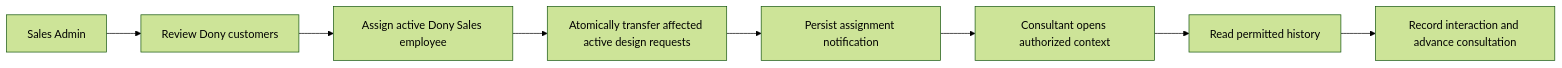
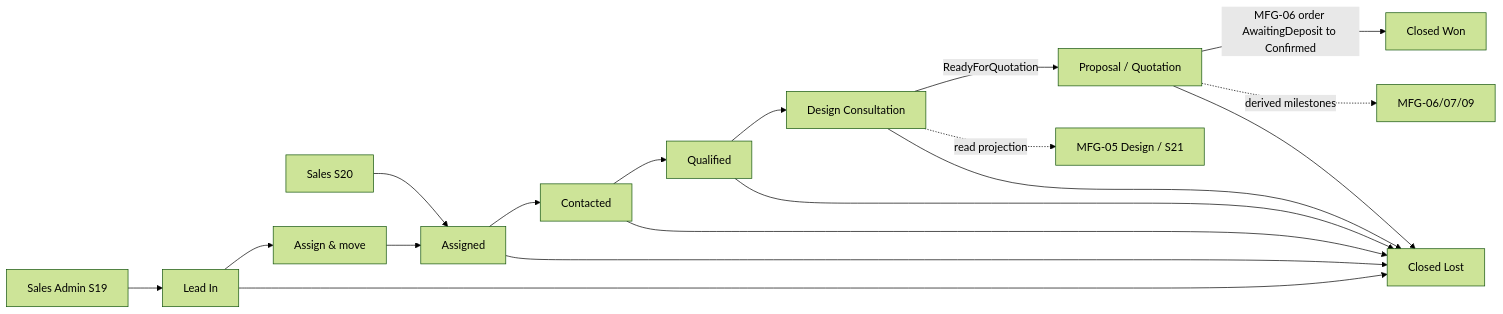
Before and after one commit to ankhanhwork/weavelink-project: the first of 2 diagrams in docs/spec/specs/spec-MFG-08.md, drawn with Mermaid (forest theme). The commit also changed other lines of this file and 25 other files, not shown here.

````diff
--- a/docs/spec/specs/spec-MFG-08.md
+++ b/docs/spec/specs/spec-MFG-08.md
@@ -67,10 +81,20 @@
 ```mermaid
 flowchart LR
-  Admin[Sales Admin] --> Review[Review Dony customers]
-  Review --> Assign[Assign active Dony Sales employee]
-  Assign --> Transfer[Atomically transfer affected active design requests]
-  Transfer --> Notify[Persist assignment notification]
-  Notify --> Context[Consultant opens authorized context]
-  Context --> Interactions[Read permitted history]
-  Interactions --> Update[Record interaction and advance consultation]
+  Admin[Sales Admin S19] --> LeadIn[Lead In]
+  LeadIn --> Assign[Assign & move]
+  Assign --> Assigned[Assigned]
+  Assigned --> Contacted[Contacted]
+  Contacted --> Qualified[Qualified]
+  Qualified --> Design[Design Consultation]
+  Design -->|ReadyForQuotation| Proposal[Proposal / Quotation]
+  Proposal -->|MFG-06 order AwaitingDeposit to Confirmed| Won[Closed Won]
+  LeadIn --> Lost[Closed Lost]
+  Assigned --> Lost
+  Contacted --> Lost
+  Qualified --> Lost
+  Design --> Lost
+  Proposal --> Lost
+  Sales[Sales S20] --> Assigned
+  Design -. read projection .-> MFG05[MFG-05 Design / S21]
+  Proposal -. derived milestones .-> Orders[MFG-06/07/09]
 ```
````
